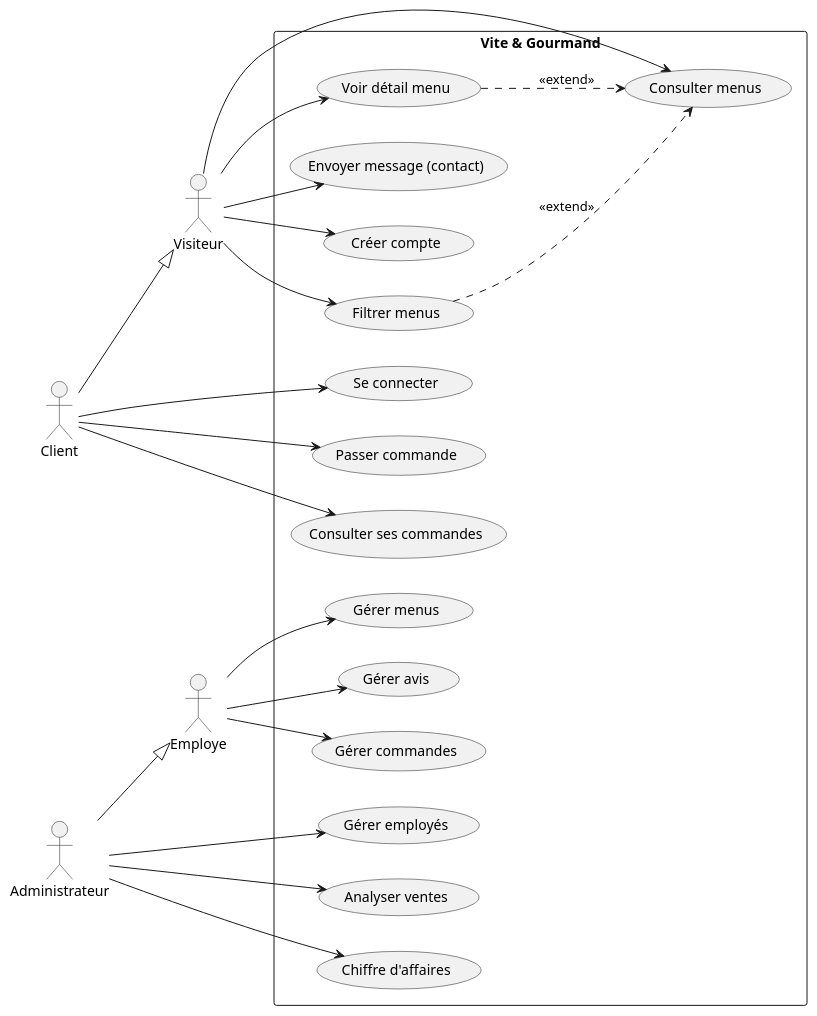
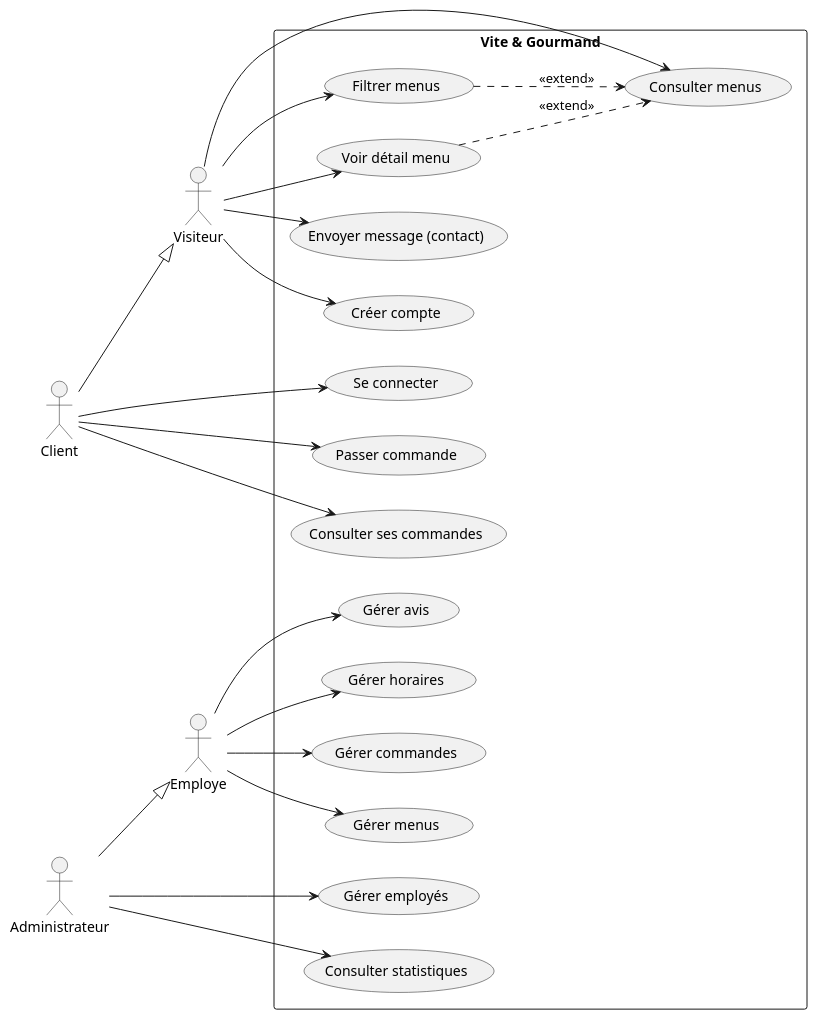
One commit to Meldince6790/vite-et-gourmand changed the diagram in docs/diagrammes/cas-utilisation.puml. Above: the diagram before and after it, drawn with PlantUML. The commit also changed 26 other files, not shown here.

Commit message:
Finalisation de la documentation et des diagrammes du projet

```diff
--- a/docs/diagrammes/cas-utilisation.puml
+++ b/docs/diagrammes/cas-utilisation.puml
@@ -1,72 +1,72 @@
 @startuml CasUtilisation
 left to right direction
 
 '========================
 ' ACTEURS
 '========================
 actor Visiteur
 actor Client
 actor Employe
 actor Administrateur
 
 Client --|> Visiteur
 Administrateur --|> Employe
 
 '========================
 ' SYSTEME
 '========================
 rectangle "Vite & Gourmand" {
 
   '--- VISITEUR ---
   usecase "Consulter menus" as UC1
   usecase "Filtrer menus" as UC2
   usecase "Voir détail menu" as UC3
   usecase "Envoyer message (contact)" as UC4
   usecase "Créer compte" as UC5
 
   '--- CLIENT ---
   usecase "Se connecter" as UC6
   usecase "Passer commande" as UC7
   usecase "Consulter ses commandes" as UC8
 
   '--- EMPLOYE ---
   usecase "Gérer commandes" as UC9
   usecase "Gérer menus" as UC10
   usecase "Gérer avis" as UC11
+  usecase "Gérer horaires" as UC12
 
   '--- ADMINISTRATEUR ---
-  usecase "Gérer employés" as UC12
-  usecase "Analyser ventes" as UC13
-  usecase "Chiffre d'affaires" as UC14
+  usecase "Gérer employés" as UC13
+  usecase "Consulter statistiques" as UC14
 }
 
 '========================
 ' LIENS ACTEURS
 '========================
 
 Visiteur --> UC1
 Visiteur --> UC2
 Visiteur --> UC3
 Visiteur --> UC4
 Visiteur --> UC5
 
 Client --> UC6
 Client --> UC7
 Client --> UC8
 
 Employe --> UC9
 Employe --> UC10
 Employe --> UC11
+Employe --> UC12
 
-Administrateur --> UC12
 Administrateur --> UC13
 Administrateur --> UC14
 
 '========================
 ' RELATIONS ENTRE CAS D'UTILISATION
 '========================
 
 UC2 ..> UC1 : <<extend>>
 UC3 ..> UC1 : <<extend>>
 
 @enduml
```
